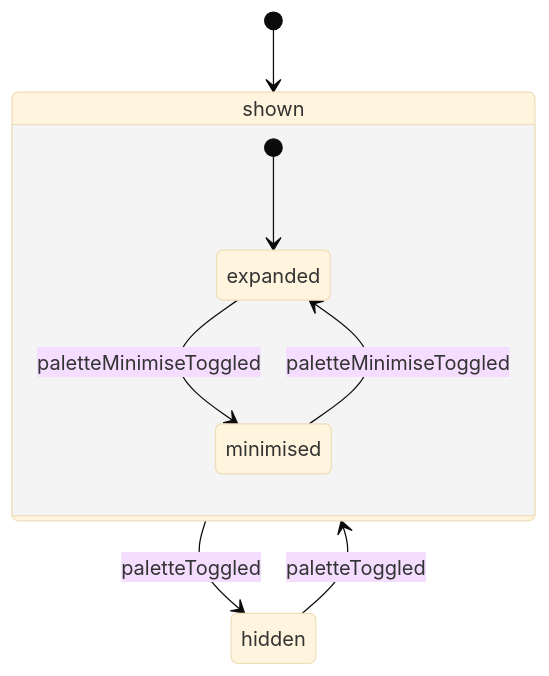
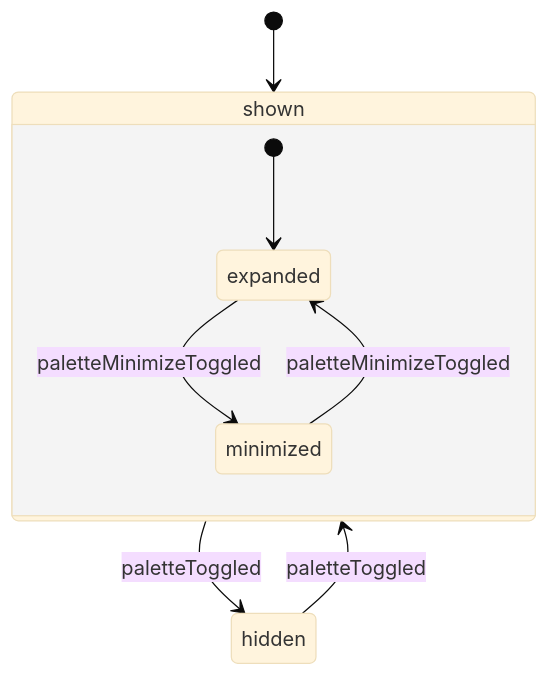
Before and after one commit to GoodRelax/gr-scheduler: the second of 28 diagrams in docs/spec/_assets/tbl-state-machines.md, drawn with Mermaid (base theme). The commit also changed other lines of this file and 428 other files, not shown here.

````diff
--- a/docs/spec/_assets/tbl-state-machines.md
+++ b/docs/spec/_assets/tbl-state-machines.md
@@ -169,16 +169,16 @@
 ```mermaid
 stateDiagram-v2
     direction TB
     [*] --> paletteDisplayStateMachine_shown
     paletteDisplayStateMachine_shown : shown
     state paletteDisplayStateMachine_shown {
         [*] --> paletteDisplayStateMachine_shown_expanded
         paletteDisplayStateMachine_shown_expanded : expanded
-        paletteDisplayStateMachine_shown_minimised : minimised
-        paletteDisplayStateMachine_shown_expanded --> paletteDisplayStateMachine_shown_minimised : paletteMinimiseToggled
-        paletteDisplayStateMachine_shown_minimised --> paletteDisplayStateMachine_shown_expanded : paletteMinimiseToggled
+        paletteDisplayStateMachine_shown_minimized : minimized
+        paletteDisplayStateMachine_shown_expanded --> paletteDisplayStateMachine_shown_minimized : paletteMinimizeToggled
+        paletteDisplayStateMachine_shown_minimized --> paletteDisplayStateMachine_shown_expanded : paletteMinimizeToggled
     }
     paletteDisplayStateMachine_hidden : hidden
     paletteDisplayStateMachine_shown --> paletteDisplayStateMachine_hidden : paletteToggled
     paletteDisplayStateMachine_hidden --> paletteDisplayStateMachine_shown : paletteToggled
 ```
````
